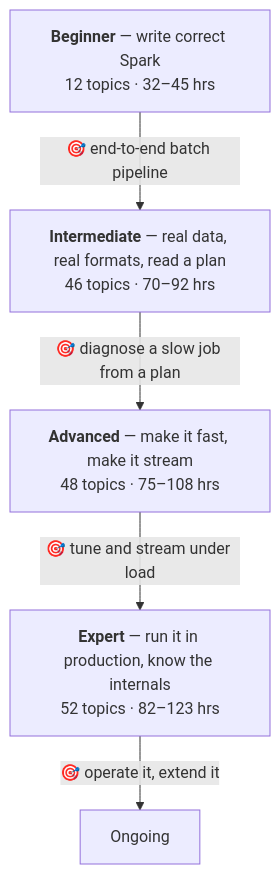
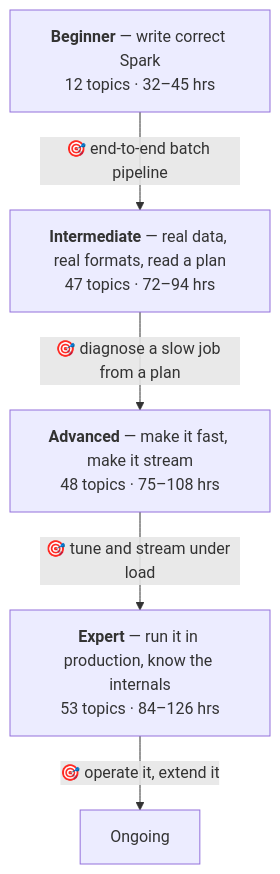
One commit to arindamchoudhury/spark-gyan changed the first of 2 diagrams in docs/learning-path-v2.md. Above: the diagram before and after it, drawn with Mermaid. The commit also changed other lines of this file, not shown here.

````diff
--- a/docs/learning-path-v2.md
+++ b/docs/learning-path-v2.md
@@ -115,11 +117,11 @@
 ```mermaid
 flowchart TD
     B["<b>Beginner</b> — write correct Spark<br/>12 topics · 32–45 hrs"]
-    I["<b>Intermediate</b> — real data, real formats, read a plan<br/>46 topics · 70–92 hrs"]
+    I["<b>Intermediate</b> — real data, real formats, read a plan<br/>47 topics · 72–94 hrs"]
     A["<b>Advanced</b> — make it fast, make it stream<br/>48 topics · 75–108 hrs"]
-    E["<b>Expert</b> — run it in production, know the internals<br/>52 topics · 82–123 hrs"]
+    E["<b>Expert</b> — run it in production, know the internals<br/>53 topics · 84–126 hrs"]
     B -->|"🎯 end-to-end batch pipeline"| I
     I -->|"🎯 diagnose a slow job from a plan"| A
     A -->|"🎯 tune and stream under load"| E
     E -->|"🎯 operate it, extend it"| Done["Ongoing"]
 ```
````
